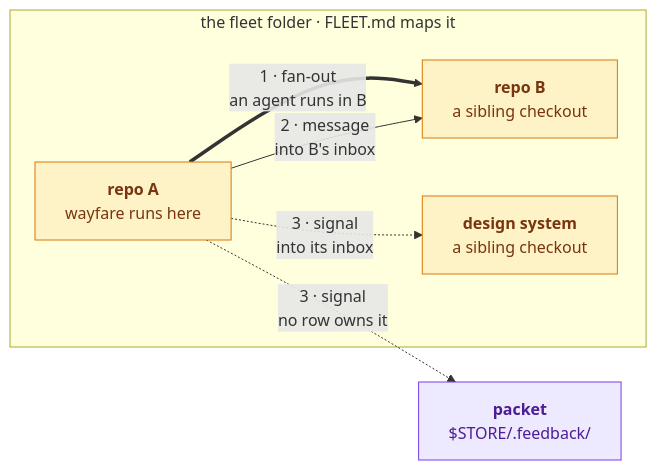
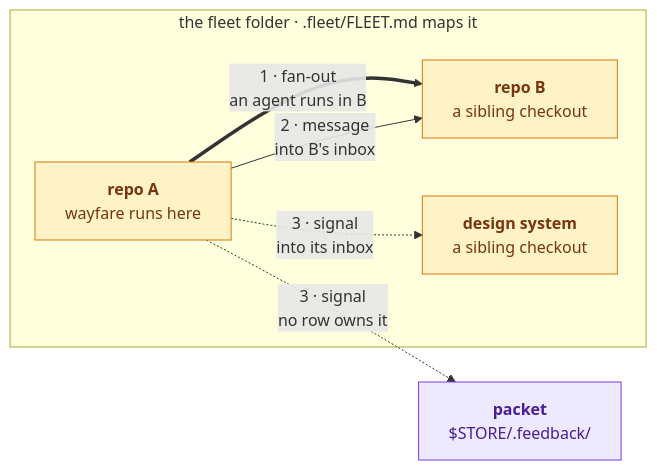
The fourth of 4 diagrams in README.md (ai-hero/wayfare-skills), drawn with Mermaid before and after one commit. The commit also changed other lines of this file and 58 other files, not shown here.

````diff
--- a/README.md
+++ b/README.md
@@ -190,19 +192,19 @@
 ```mermaid
 flowchart LR
-  subgraph FLEET["the fleet folder · FLEET.md maps it"]
+  subgraph FLEET["the fleet folder · .fleet/FLEET.md maps it"]
     A["<b>repo A</b><br/>wayfare runs here"]
     B["<b>repo B</b><br/>a sibling checkout"]
     DS["<b>design system</b><br/>a sibling checkout"]
   end
   PACKET["<b>packet</b><br/>$STORE/.feedback/"]
 
   A == "1 · fan-out<br/>an agent runs in B" ==> B
   A -- "2 · message<br/>into B's inbox" --> B
   A -. "3 · signal<br/>into its inbox" .-> DS
   A -. "3 · signal<br/>no row owns it" .-> PACKET
 
   classDef repo fill:#FEF3C7,stroke:#D97706,color:#78350F
   classDef out fill:#EDE9FE,stroke:#7C3AED,color:#4C1D95
   class A,B,DS repo
   class PACKET out
 ```
````
